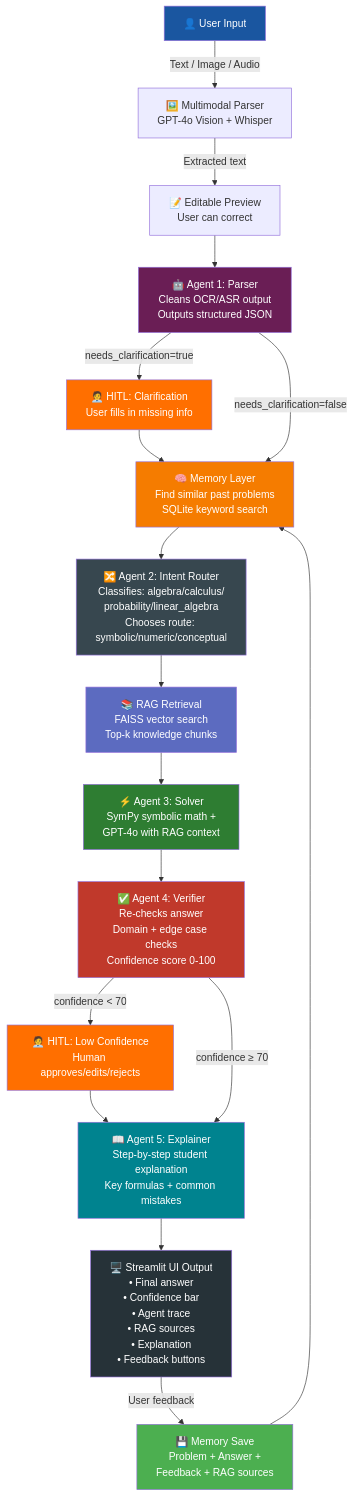
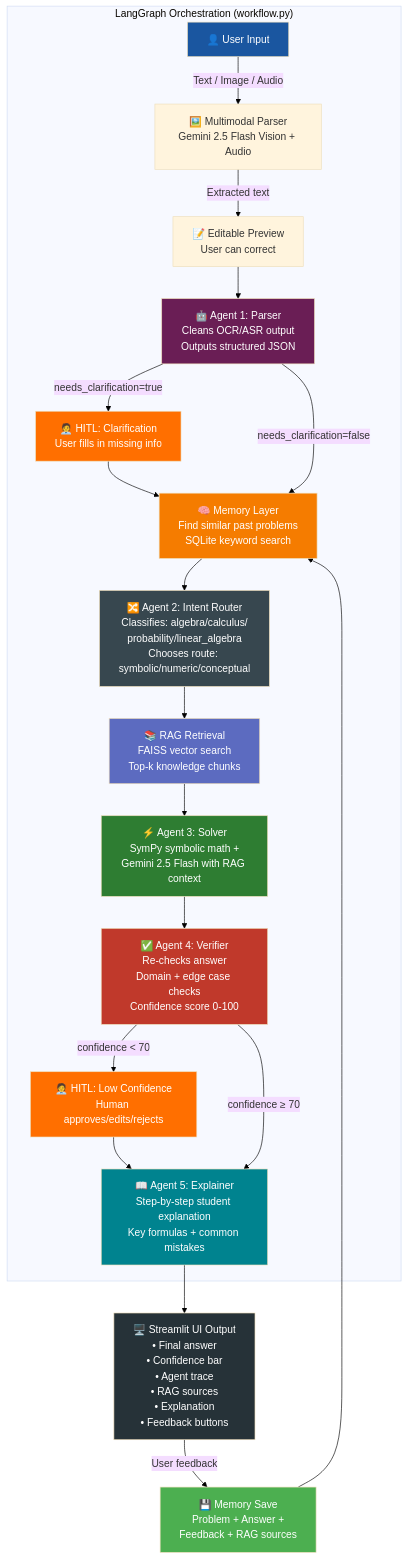
Before and after one commit to chetan1428/mathmontor: the diagram in architecture.mmd, drawn with Mermaid. The commit also changed 1 other file, not shown here.

Commit message:
Update architecture diagram and add high-res PNG version

````diff
--- a/architecture.mmd
+++ b/architecture.mmd
@@ -1,42 +1,43 @@
-```mermaid
+%%{init: {'theme': 'base', 'themeVariables': { 'background': '#ffffff'}}}%%
 graph TD
-    A["👤 User Input"] -->|Text / Image / Audio| B["🖼️ Multimodal Parser\nGPT-4o Vision + Whisper"]
+    subgraph "LangGraph Orchestration (workflow.py)"
+    A["👤 User Input"] -->|Text / Image / Audio| B["🖼️ Multimodal Parser\nGemini 2.5 Flash Vision + Audio"]
     B -->|Extracted text| C["📝 Editable Preview\nUser can correct"]
     C --> D
 
     D["🤖 Agent 1: Parser\nCleans OCR/ASR output\nOutputs structured JSON"]
     D -->|needs_clarification=true| E["🧑‍💼 HITL: Clarification\nUser fills in missing info"]
     E --> F
     D -->|needs_clarification=false| F
 
     F["🧠 Memory Layer\nFind similar past problems\nSQLite keyword search"]
     F --> G["🔀 Agent 2: Intent Router\nClassifies: algebra/calculus/\nprobability/linear_algebra\nChooses route: symbolic/numeric/conceptual"]
 
     G --> H["📚 RAG Retrieval\nFAISS vector search\nTop-k knowledge chunks"]
-    H --> I["⚡ Agent 3: Solver\nSymPy symbolic math +\nGPT-4o with RAG context"]
+    H --> I["⚡ Agent 3: Solver\nSymPy symbolic math +\nGemini 2.5 Flash with RAG context"]
 
     I --> J["✅ Agent 4: Verifier\nRe-checks answer\nDomain + edge case checks\nConfidence score 0-100"]
     J -->|confidence < 70| K["🧑‍💼 HITL: Low Confidence\nHuman approves/edits/rejects"]
     K --> L
     J -->|confidence ≥ 70| L
 
     L["📖 Agent 5: Explainer\nStep-by-step student explanation\nKey formulas + common mistakes"]
+    end
 
     L --> M["🖥️ Streamlit UI Output\n• Final answer\n• Confidence bar\n• Agent trace\n• RAG sources\n• Explanation\n• Feedback buttons"]
 
     M -->|User feedback| N["💾 Memory Save\nProblem + Answer +\nFeedback + RAG sources"]
     N --> F
 
     style A fill:#1a56a0,color:#fff
     style D fill:#6a1e55,color:#fff
     style G fill:#37474f,color:#fff
     style I fill:#2e7d32,color:#fff
     style J fill:#c0392b,color:#fff
     style L fill:#00838f,color:#fff
     style F fill:#f57c00,color:#fff
     style H fill:#5c6bc0,color:#fff
     style K fill:#ff6f00,color:#fff
     style E fill:#ff6f00,color:#fff
     style M fill:#263238,color:#fff
     style N fill:#4caf50,color:#fff
-```
````
